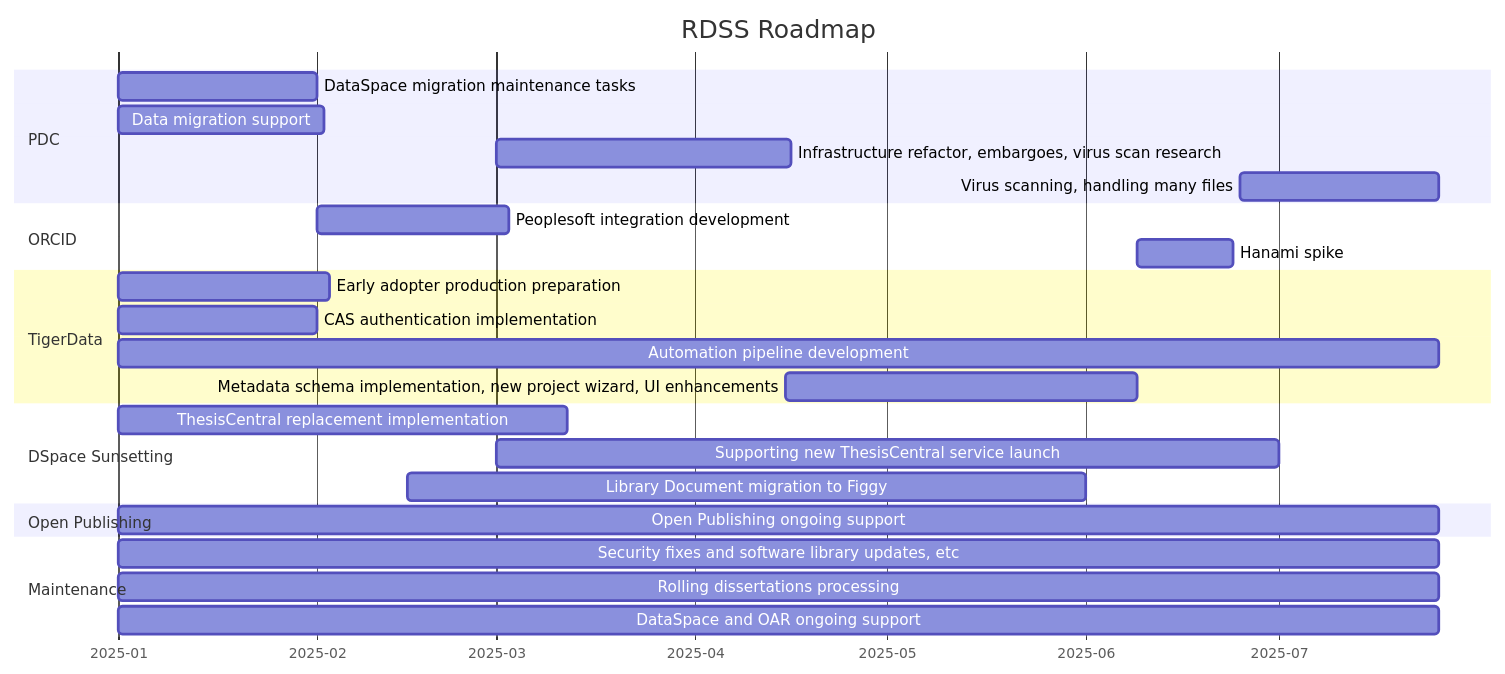
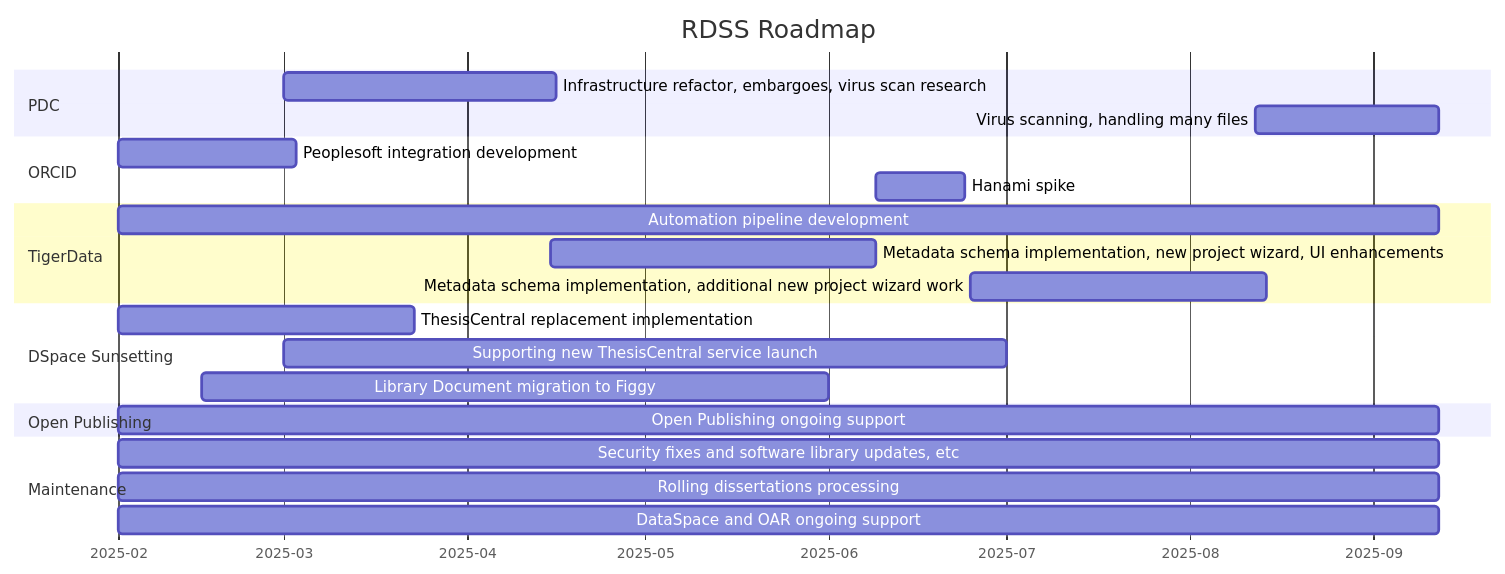
Before and after one commit to pulibrary/rdss-handbook: the diagram in roadmap.md, drawn with Mermaid. The commit also changed 1 other file, not shown here.

Commit message:
Updated roadmap and applications portfolio

````diff
--- a/roadmap.md
+++ b/roadmap.md
@@ -5,29 +5,26 @@
 ```mermaid
 gantt
     title RDSS Roadmap
     axisFormat  %Y-%m
     dateformat YYYY-MM
     section PDC
-    DataSpace migration maintenance tasks: pd1,2025-01-01,31d
-    Data migration support: pd2,2025-01-01,32d
     Infrastructure refactor, embargoes, virus scan research: pd3, 2025-03-01, 46d
-    Virus scanning, handling many files: pd5, 2025-06-25, 31d
+    Virus scanning, handling many files: pd5, 2025-08-12, 31d
     section ORCID
     Peoplesoft integration development: or1,2025-02-01,30d
     Hanami spike: 2025-06-09, 15d
     section TigerData
-    Early adopter production preparation: td1,2025-01-01,33d
-    CAS authentication implementation: td2,2025-01-01,31d
-    Automation pipeline development: td3,2025-01-01,206d 
+    Automation pipeline development: td3,2025-02-01,223d 
     Metadata schema implementation, new project wizard, UI enhancements: td4, 2025-04-15,55d
+    Metadata schema implementation, additional new project wizard work: td5, 2025-06-25,50d
     section DSpace Sunsetting
-    ThesisCentral replacement implementation: dsps1,2025-01-01,70d
+    ThesisCentral replacement implementation: dsps1,2025-02-01,50d
     Supporting new ThesisCentral service launch: dsps2,2025-03-01,122d
     Library Document migration to Figgy: dsps3,2025-02-15,106d
     section Open Publishing
-    Open Publishing ongoing support: dsp3,2025-01-01,206d
+    Open Publishing ongoing support: dsp3,2025-02-01,223d
     section Maintenance
-    Security fixes and software library updates, etc: dsp1,2025-01-01,206d
-    Rolling dissertations processing: dsp2,2025-01-01,206d
-    DataSpace and OAR ongoing support: dsp3,2025-01-01,206d
+    Security fixes and software library updates, etc: dsp1,2025-02-01,223d
+    Rolling dissertations processing: dsp2,2025-02-01,223d
+    DataSpace and OAR ongoing support: dsp3,2025-02-01,223d
 ```
````
